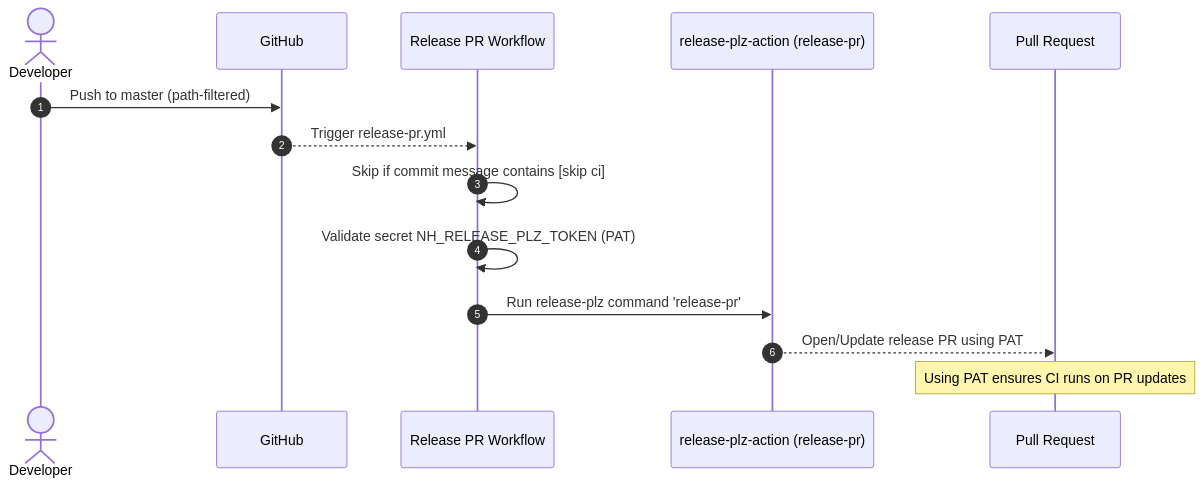
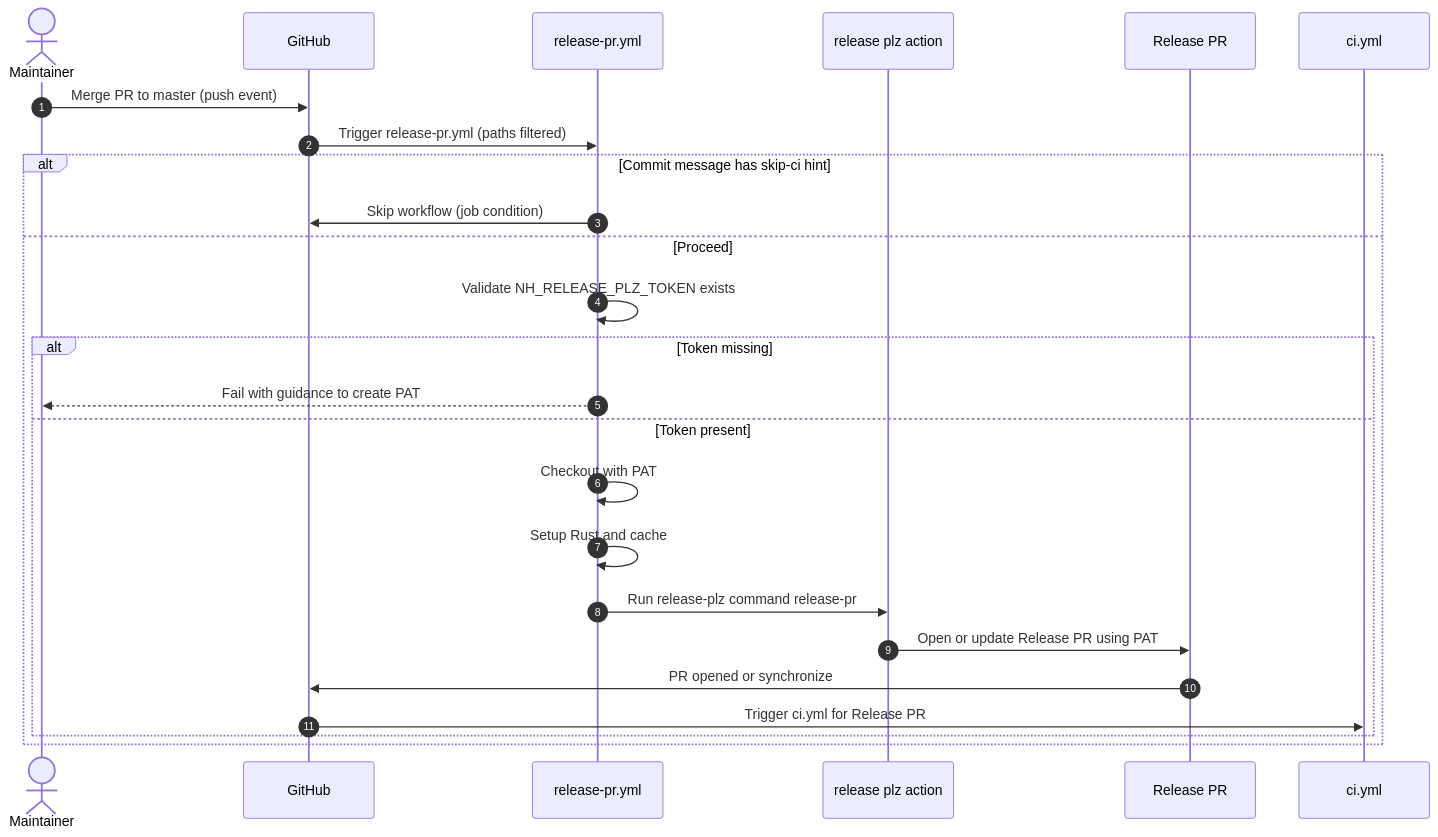
Before and after one commit to nutthead/ruloc: the fourth of 10 diagrams in docs/reports/02-analyze-ci.md, drawn with Mermaid. The commit also changed other lines of this file, not shown here.

First line of the commit message:
docs(reports): Add comprehensive workflow diagrams to CI analysis

````diff
--- a/docs/reports/02-analyze-ci.md
+++ b/docs/reports/02-analyze-ci.md
@@ -145,17 +195,29 @@
 ```mermaid
 sequenceDiagram
   autonumber
-  actor Dev as Developer
+  actor Maint as Maintainer
   participant GH as GitHub
-  participant W as Release PR Workflow
-  participant RP as release-plz-action (release-pr)
-  participant PR as Pull Request
+  participant W as release-pr.yml
+  participant RP as release plz action
+  participant PR as Release PR
+  participant CI as ci.yml
 
-  Dev->>GH: Push to master (path-filtered)
-  GH-->>W: Trigger release-pr.yml
-  W->>W: Skip if commit message contains [skip ci]
-  W->>W: Validate secret NH_RELEASE_PLZ_TOKEN (PAT)
-  W->>RP: Run release-plz command 'release-pr'
-  RP-->>PR: Open/Update release PR using PAT
-  Note over PR: Using PAT ensures CI runs on PR updates
+  Maint->>GH: Merge PR to master (push event)
+  GH->>W: Trigger release-pr.yml (paths filtered)
+
+  alt Commit message has skip-ci hint
+    W->>GH: Skip workflow (job condition)
+  else Proceed
+    W->>W: Validate NH_RELEASE_PLZ_TOKEN exists
+    alt Token missing
+      W-->>Maint: Fail with guidance to create PAT
+    else Token present
+      W->>W: Checkout with PAT
+      W->>W: Setup Rust and cache
+      W->>RP: Run release-plz command release-pr
+      RP->>PR: Open or update Release PR using PAT
+      PR->>GH: PR opened or synchronize
+      GH->>CI: Trigger ci.yml for Release PR
+    end
+  end
 ```
````
